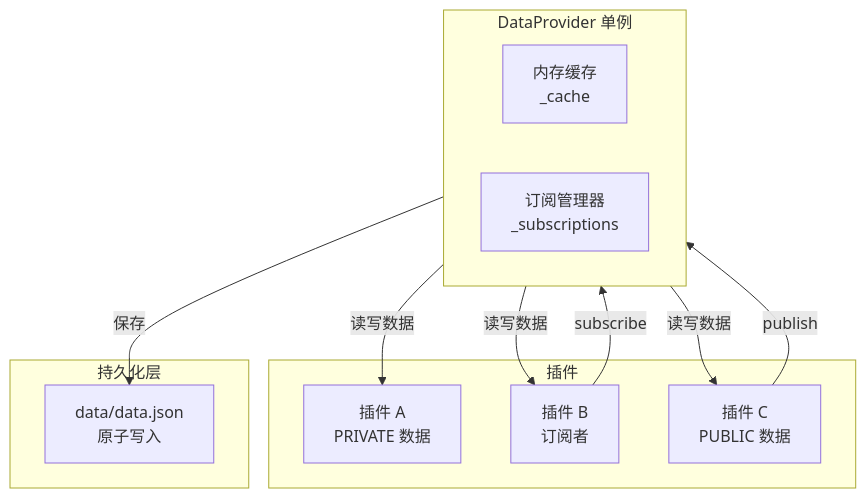
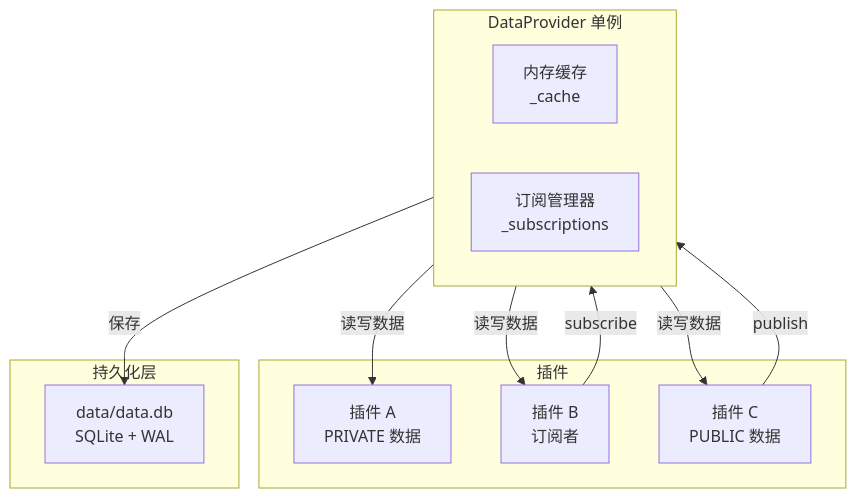
One commit to KKPIP-Tech/InstructionX changed the first of 3 diagrams in docs/core/data-provider/overview.md. Above: the diagram before and after it, drawn with Mermaid. The commit also changed other lines of this file and 3 other files, not shown here.

Commit message:
(UpSQL: docs) 更新 overview/api-reference/README 为 SQLite 后端描述，补充数据库路径推导与 WAL 说明

````diff
--- a/docs/core/data-provider/overview.md
+++ b/docs/core/data-provider/overview.md
@@ -35,24 +35,24 @@
 ```mermaid
 graph TB
     subgraph DP [DataProvider 单例]
         Cache[内存缓存<br/>_cache]
         Subs[订阅管理器<br/>_subscriptions]
     end
 
     subgraph Plugins [插件]
         PA[插件 A<br/>PRIVATE 数据]
         PB[插件 B<br/>订阅者]
         PC[插件 C<br/>PUBLIC 数据]
     end
 
     subgraph Storage [持久化层]
-        JSON[data/data.json<br/>原子写入]
+        DB[data/data.db<br/>SQLite + WAL]
     end
 
     DP -->|读写数据| PA
     DP -->|读写数据| PB
     DP -->|读写数据| PC
     PB -->|subscribe| DP
     PC -->|publish| DP
-    DP -->|保存| JSON
+    DP -->|保存| DB
 ```
````
